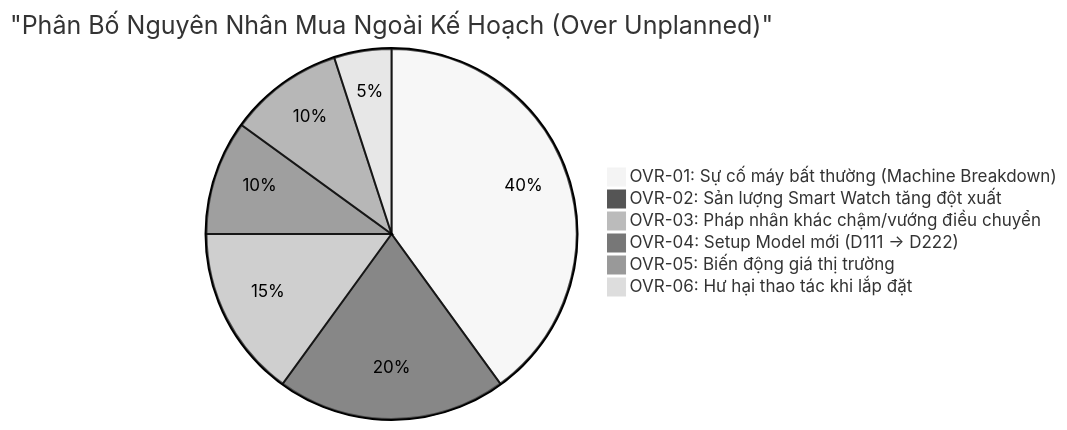
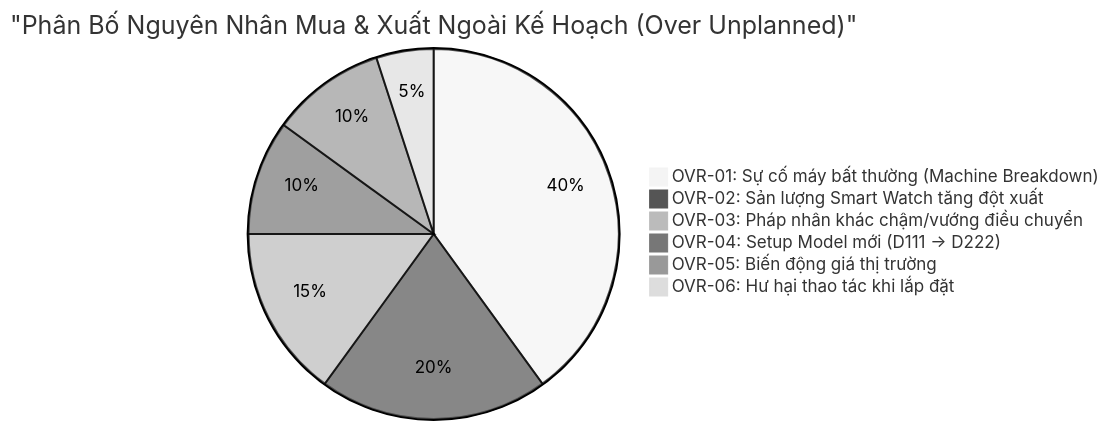
One commit to longphamduc-vn/ops-workflow changed the second of 2 diagrams in procurement-system/04-budget-cost-and-over-management/02-unplanned-over-budget-tracking.md. Above: the diagram before and after it, drawn with Mermaid (neutral theme). The commit also changed other lines of this file and 27 other files, not shown here.

````diff
--- a/procurement-system/04-budget-cost-and-over-management/02-unplanned-over-budget-tracking.md
+++ b/procurement-system/04-budget-cost-and-over-management/02-unplanned-over-budget-tracking.md
@@ -21,9 +53,9 @@
 ```mermaid
-pie title "Phân Bố Nguyên Nhân Mua Ngoài Kế Hoạch (Over Unplanned)"
+pie title "Phân Bố Nguyên Nhân Mua & Xuất Ngoài Kế Hoạch (Over Unplanned)"
     "OVR-01: Sự cố máy bất thường (Machine Breakdown)" : 40
     "OVR-02: Sản lượng Smart Watch tăng đột xuất" : 20
     "OVR-03: Pháp nhân khác chậm/vướng điều chuyển" : 15
     "OVR-04: Setup Model mới (D111 -> D222)" : 10
     "OVR-05: Biến động giá thị trường" : 10
     "OVR-06: Hư hại thao tác khi lắp đặt" : 5
 ```
````
